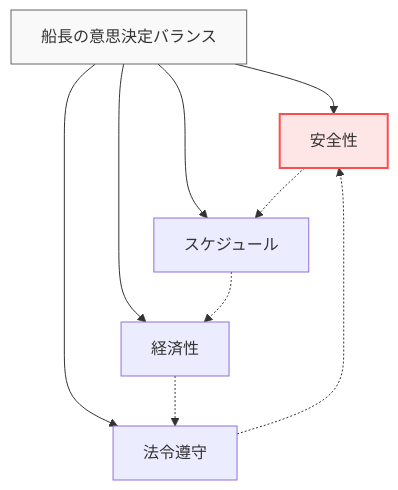
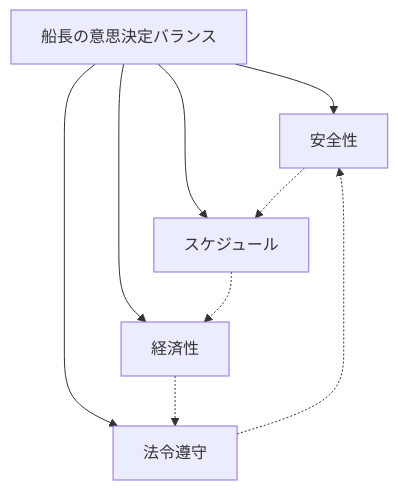
The fifth of 11 diagrams in docs/applications/maritime-dm.md (shuji-bonji/Situational-Awareness-and-Decision-Making), drawn with Mermaid before and after one commit. The commit also changed other lines of this file and 49 other files, not shown here.

Commit message:
fix: ダークモードで見づらい図の色の変更

````diff
--- a/docs/applications/maritime-dm.md
+++ b/docs/applications/maritime-dm.md
@@ -175,15 +175,15 @@
     ```mermaid
     graph TD
         A[船長の意思決定バランス] --> B[安全性]
         A --> C[スケジュール]
         A --> D[経済性]
         A --> E[法令遵守]
         
         B -.-> C
         C -.-> D
         D -.-> E
         E -.-> B
         
-        style A fill:#f9f9f9,stroke:#666
-        style B fill:#ffe6e6,stroke:#ff4d4d,stroke-width:2px
+    
+    
     ```
````
